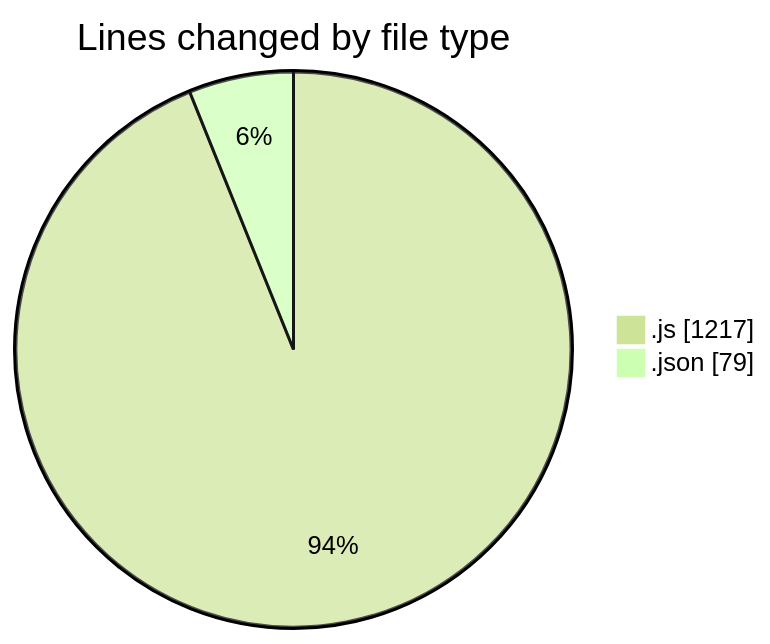
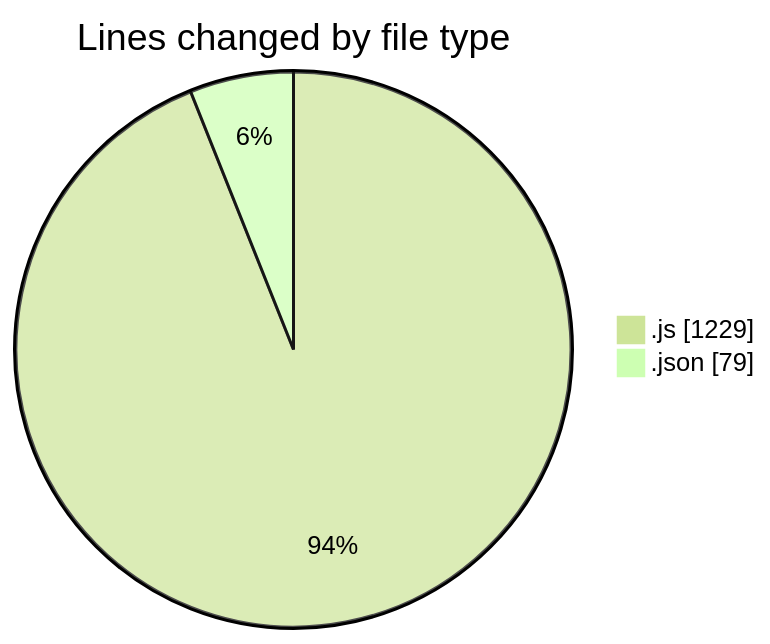
One commit to momahboobian/code-tracking changed the first of 2 diagrams in 2025-01-31/cda/README.md. Above: the diagram before and after it, drawn with Mermaid (forest theme). The commit also changed other lines of this file and 1 other file, not shown here.

````diff
--- a/2025-01-31/cda/README.md
+++ b/2025-01-31/cda/README.md
@@ -27,6 +27,6 @@
 ```mermaid
 pie showData
 title Lines changed by file type
-".js" : 1217
+".js" : 1229
 ".json" : 79
 ```
````
